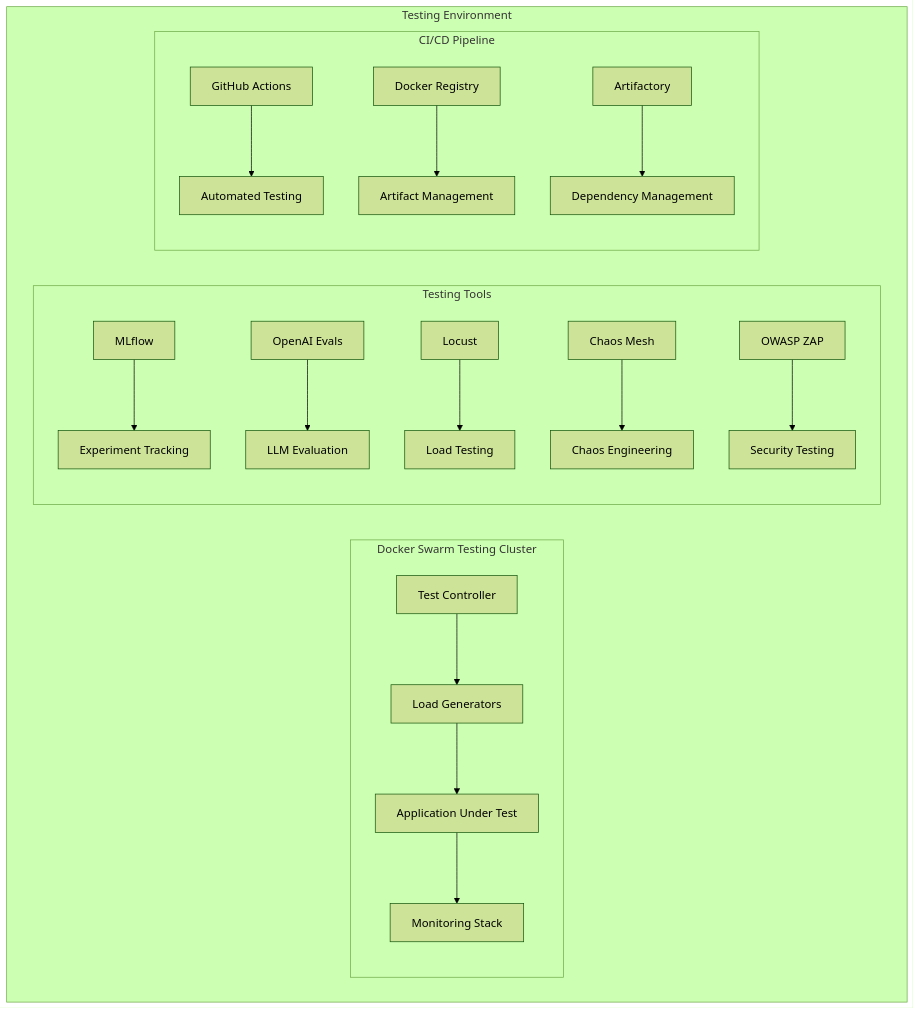
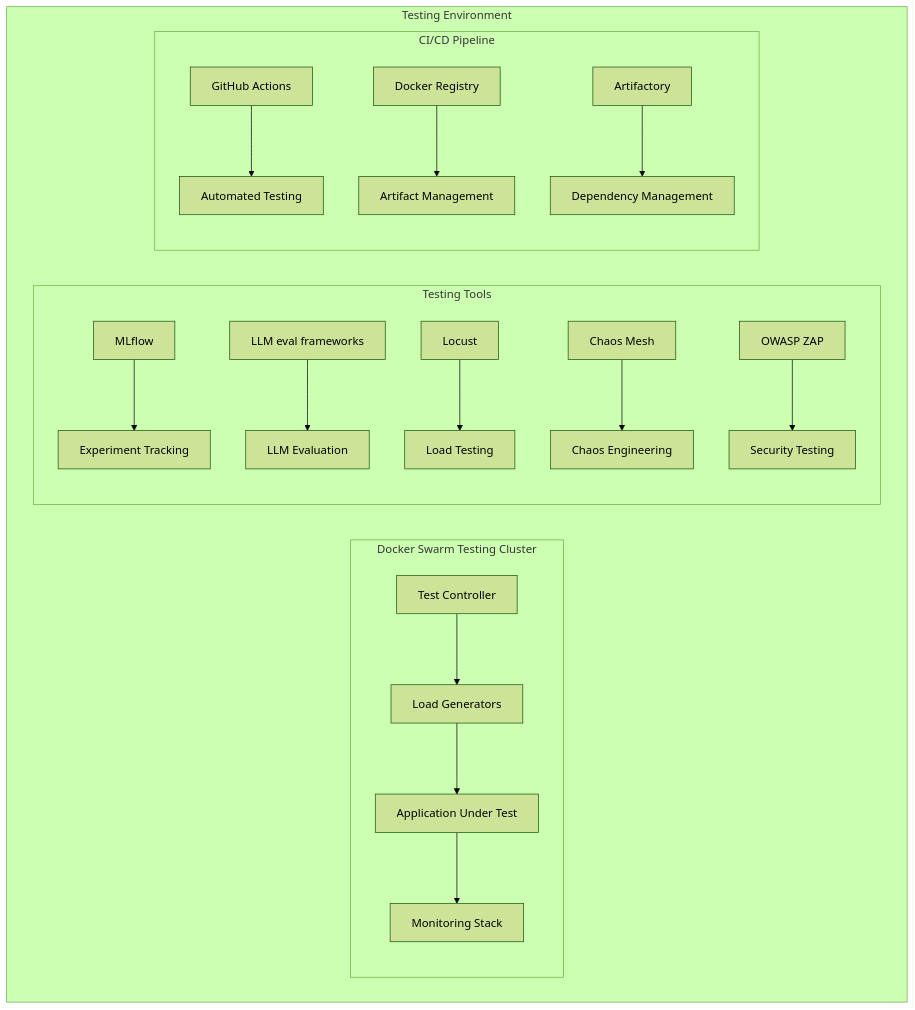
Before and after one commit to vincentspereira/RNR-Enhanced-Cognee: the second of 2 diagrams in docs/testing/COMPREHENSIVE_TESTING_STRATEGY.md, drawn with Mermaid (forest theme). The commit also changed 109 other files, not shown here.

````diff
--- a/docs/testing/COMPREHENSIVE_TESTING_STRATEGY.md
+++ b/docs/testing/COMPREHENSIVE_TESTING_STRATEGY.md
@@ -109,24 +109,24 @@
 ```mermaid
 graph TB
     subgraph "Testing Environment"
         subgraph "Docker Swarm Testing Cluster"
             A[Test Controller] --> B[Load Generators]
             B --> C[Application Under Test]
             C --> D[Monitoring Stack]
         end
 
         subgraph "Testing Tools"
             E[MLflow] --> E1[Experiment Tracking]
-            F[OpenAI Evals] --> F1[LLM Evaluation]
+            F[LLM eval frameworks] --> F1[LLM Evaluation]
             G[Locust] --> G1[Load Testing]
             H[Chaos Mesh] --> H1[Chaos Engineering]
             I[OWASP ZAP] --> I1[Security Testing]
         end
 
         subgraph "CI/CD Pipeline"
             J[GitHub Actions] --> J1[Automated Testing]
             K[Docker Registry] --> K1[Artifact Management]
             L[Artifactory] --> L1[Dependency Management]
         end
     end
 ```
````
